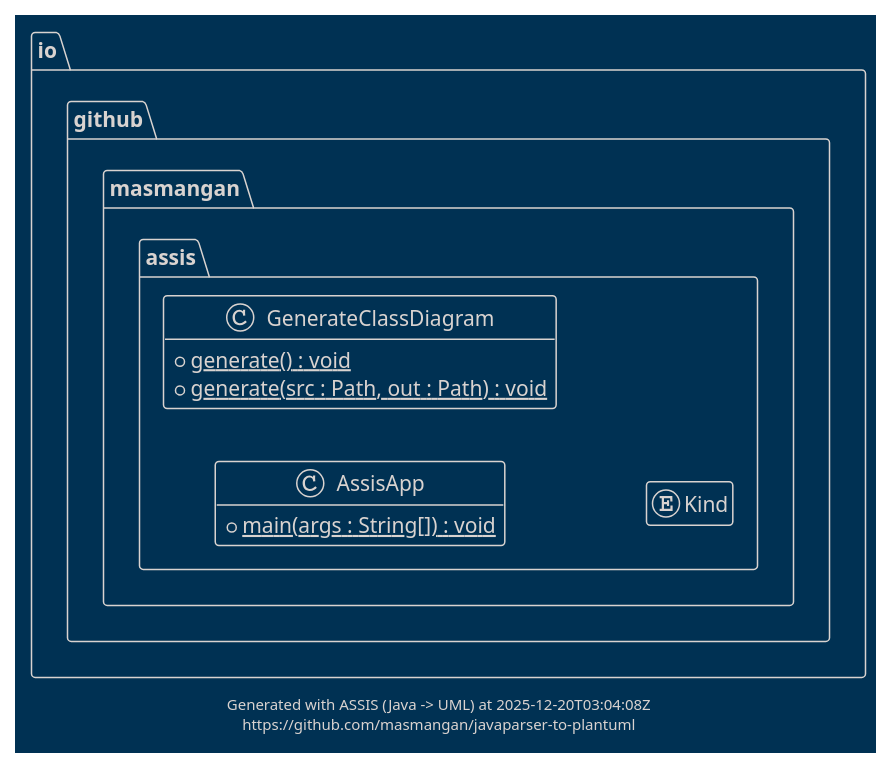
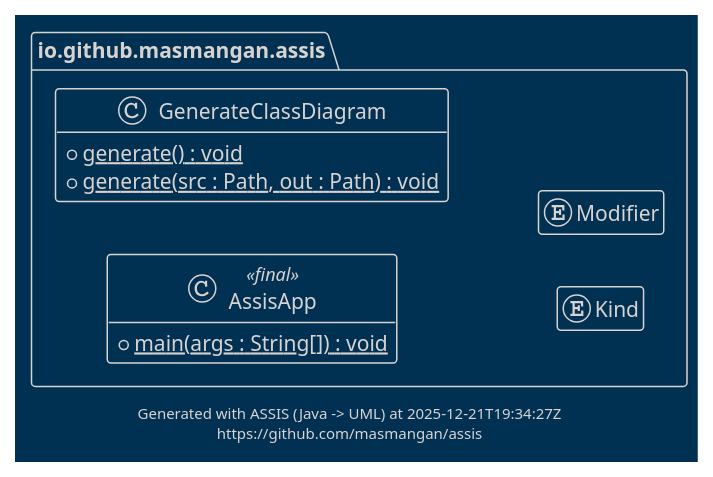
The diagram in docs/uml/class-diagram.puml (masmangan/javaparser-to-plantuml), drawn with PlantUML before and after one commit. The commit also changed 3 other files, not shown here.

Commit message:
chore: Moving repository. Intermediate packages removed on diagrams. Adding Java Doc comments.

```diff
--- a/docs/uml/class-diagram.puml
+++ b/docs/uml/class-diagram.puml
@@ -1,23 +1,28 @@
 @startuml class-diagram
+
 hide empty members
 !theme blueprint
+!pragma useIntermediatePackages false
+
 package "io.github.masmangan.assis" {
-class AssisApp {
+class AssisApp <<final>>  {
   + main(args : String[]) : void {static}
 }
 class GenerateClassDiagram {
   + generate() : void {static}
   + generate(src : Path, out : Path) : void {static}
 }
 enum Kind {
 }
+enum Modifier {
+}
 }
 
 left to right direction
 
 center footer
-Generated with ASSIS (Java -> UML) at 2025-12-20T03:04:08Z
-https://github.com/masmangan/javaparser-to-plantuml
+Generated with ASSIS (Java -> UML) at 2025-12-21T19:34:27Z
+https://github.com/masmangan/assis
 end footer
 
 @enduml
```
